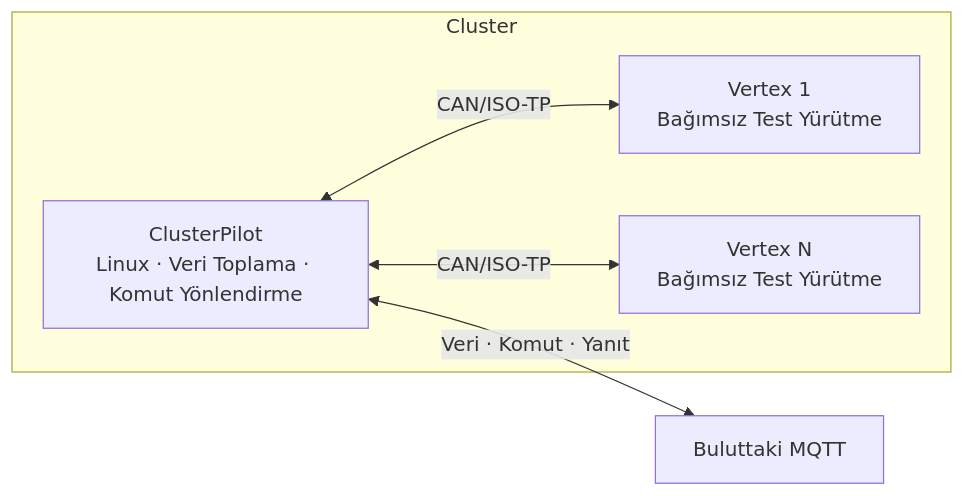
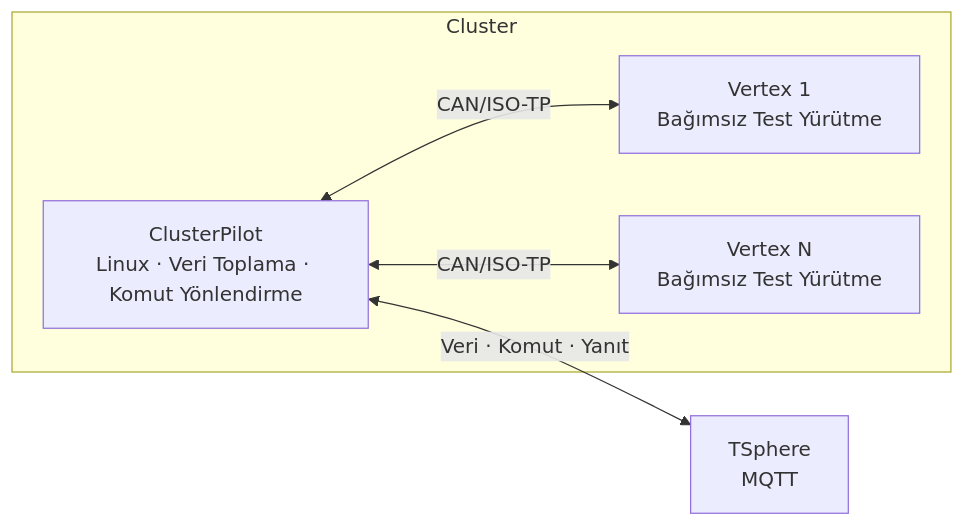
The diagram in README.md (mkadayifci/tronloop-defteri-kebir), drawn with Mermaid before and after one commit. The commit also changed other lines of this file and 15 other files, not shown here.

````diff
--- a/README.md
+++ b/README.md
@@ -48,11 +49,11 @@
 ```mermaid
 flowchart LR
     subgraph CLUSTER["Cluster"]
         CP["ClusterPilot<br/>Linux · Veri Toplama · Komut Yönlendirme"]
         V1["Vertex 1<br/>Bağımsız Test Yürütme"]
         VN["Vertex N<br/>Bağımsız Test Yürütme"]
         CP <-->|CAN/ISO-TP| V1
         CP <-->|CAN/ISO-TP| VN
     end
-    CP <-->|Veri · Komut · Yanıt| MQTT["Buluttaki MQTT"]
+    CP <-->|Veri · Komut · Yanıt| MQTT["TSphere<br/>MQTT"]
 ```
````
